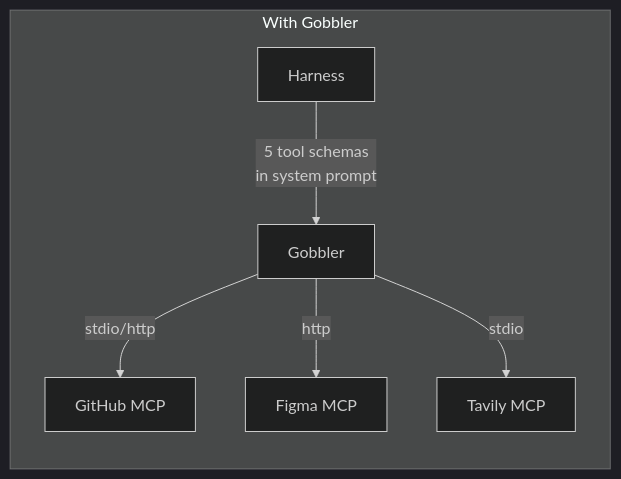
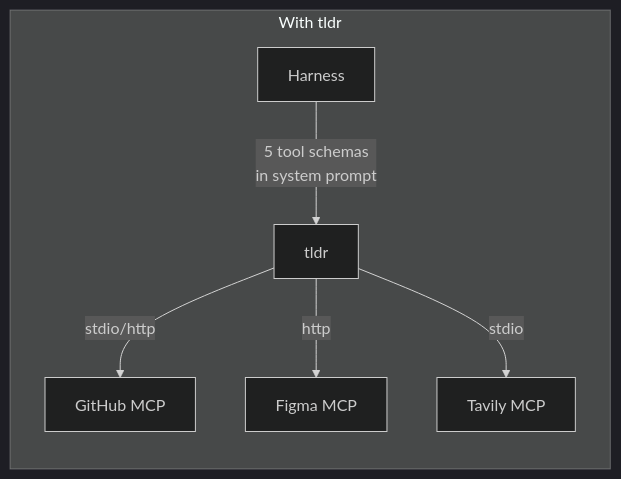
One commit to robinojw/tldr changed the second of 6 diagrams in README.md. Above: the diagram before and after it, drawn with Mermaid (dark theme). The commit also changed other lines of this file and 29 other files, not shown here.

First line of the commit message:
Rename project from gobbler to tldr

````diff
--- a/README.md
+++ b/README.md
@@ -24,9 +24,9 @@
 ```mermaid
 graph LR
-    subgraph "With Gobbler"
-        H2[Harness] -->|"5 tool schemas<br/>in system prompt"| G[Gobbler]
+    subgraph "With tldr"
+        H2[Harness] -->|"5 tool schemas<br/>in system prompt"| G[tldr]
         G -->|stdio/http| S4[GitHub MCP]
         G -->|http| S5[Figma MCP]
         G -->|stdio| S6[Tavily MCP]
     end
 ```
````
